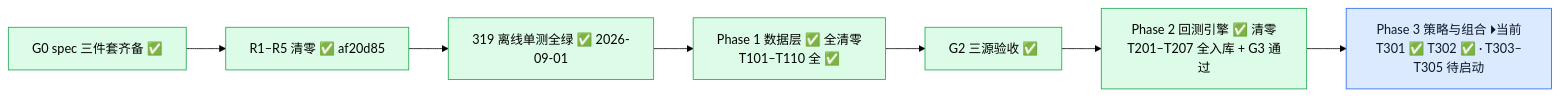
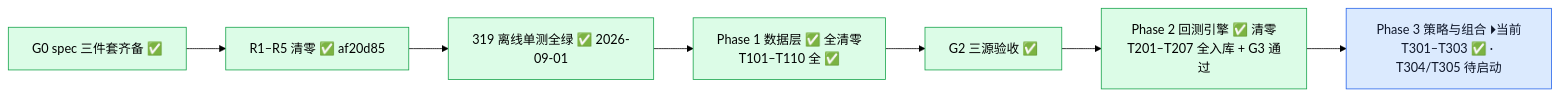
Before and after one commit to YZml1507/FinAI2.0: the second of 4 diagrams in docs/project_status_flowchart.md, drawn with Mermaid (forest theme). The commit also changed other lines of this file and 3 other files, not shown here.

Commit message:
docs: T303 状态标记 — CLAUDE.md §0/§5/§7 + spec 快照 + 流程图（T303 ✅ / 432 绿 / 当前位 T304）

````diff
--- a/docs/project_status_flowchart.md
+++ b/docs/project_status_flowchart.md
@@ -29,15 +29,15 @@
 ```mermaid
 flowchart LR
   G0[G0 spec 三件套齐备 ✅] --> R15[R1–R5 清零 ✅ af20d85] --> UT[319 离线单测全绿 ✅ 2026-09-01]
   UT --> P1[Phase 1 数据层 ✅ 全清零<br/>T101–T110 全 ✅]
   P1 --> G2[G2 三源验收 ✅]
   G2 --> P2C[Phase 2 回测引擎 ✅ 清零<br/>T201–T207 全入库 + G3 通过]
-  P2C --> P3C[Phase 3 策略与组合 ⏵当前<br/>T301 ✅ T302 ✅ · T303–T305 待启动]
+  P2C --> P3C[Phase 3 策略与组合 ⏵当前<br/>T301–T303 ✅ · T304/T305 待启动]
   style G0 fill:#dcfce7,stroke:#16a34a
   style R15 fill:#dcfce7,stroke:#16a34a
   style UT fill:#dcfce7,stroke:#16a34a
   style P1 fill:#dcfce7,stroke:#16a34a
   style G2 fill:#dcfce7,stroke:#16a34a
   style P2C fill:#dcfce7,stroke:#16a34a
   style P3C fill:#dbeafe,stroke:#2563eb,color:#0f172a
 ```
````
